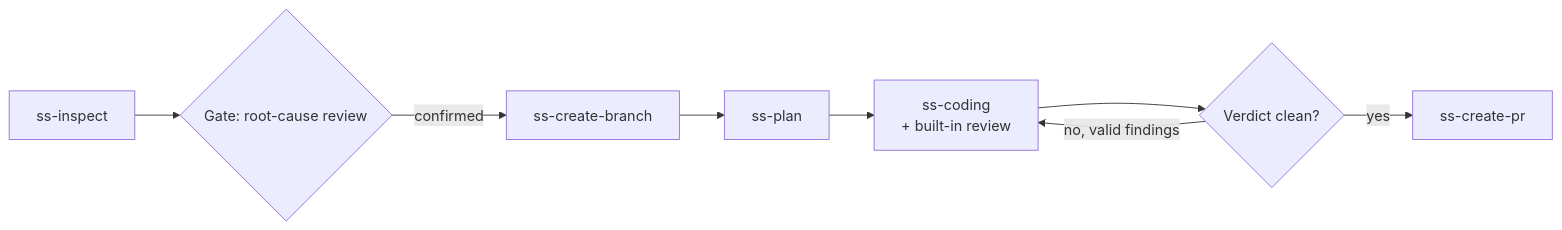
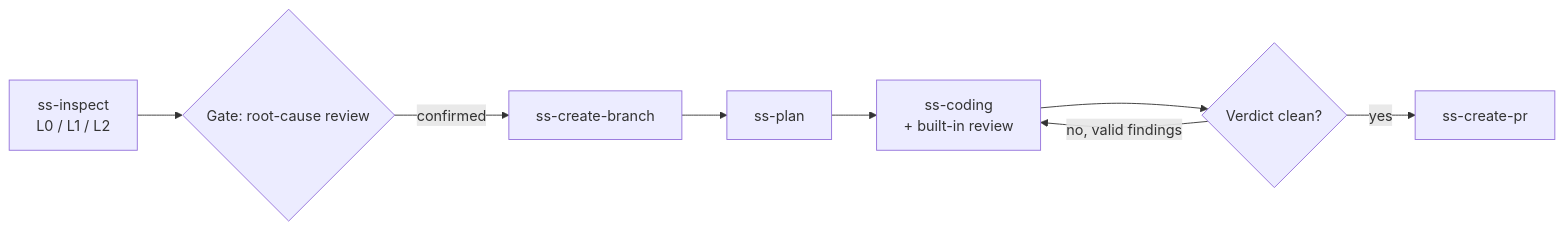
The second of 3 diagrams in docs/workflows.md (lbk-open/super-spec), drawn with Mermaid before and after one commit. The commit also changed other lines of this file and 14 other files, not shown here.

````diff
--- a/docs/workflows.md
+++ b/docs/workflows.md
@@ -55,10 +55,10 @@
 ```mermaid
 flowchart LR
-    A[ss-inspect] --> G{Gate: root-cause review}
+    A[ss-inspect<br/>L0 / L1 / L2] --> G{Gate: root-cause review}
     G -->|confirmed| B[ss-create-branch]
     B --> C[ss-plan]
     C --> D[ss-coding<br/>+ built-in review]
     D --> E{Verdict clean?}
     E -->|no, valid findings| D
     E -->|yes| F[ss-create-pr]
 ```
````
